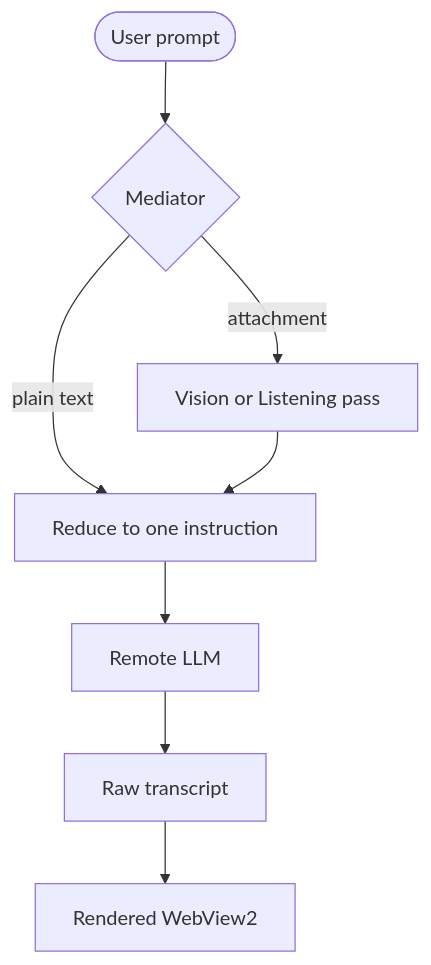
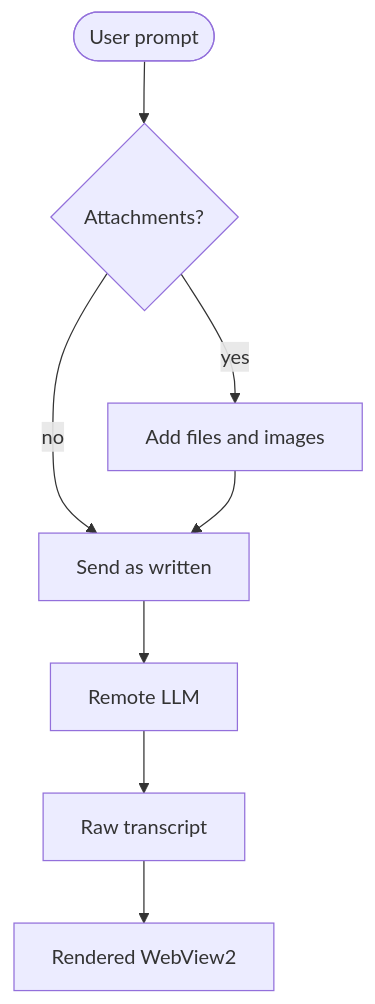
Before and after one commit to mighty-studios/TurboPilot: the first of 3 diagrams in src/TurboPilot/Assets/SampleTranscript.md, drawn with Mermaid. The commit also changed other lines of this file and 22 other files, not shown here.

````diff
--- a/src/TurboPilot/Assets/SampleTranscript.md
+++ b/src/TurboPilot/Assets/SampleTranscript.md
@@ -83,10 +84,10 @@
 ```mermaid
 flowchart TD
-    U([User prompt]) --> M{Mediator}
-    M -->|attachment| V[Vision or Listening pass]
-    M -->|plain text| P[Reduce to one instruction]
-    V --> P
-    P --> R[Remote LLM]
+    U([User prompt]) --> A{Attachments?}
+    A -->|yes| F[Add files and images]
+    A -->|no| S[Send as written]
+    F --> S
+    S --> R[Remote LLM]
     R --> O[Raw transcript]
     O --> W[Rendered WebView2]
 ```
````
